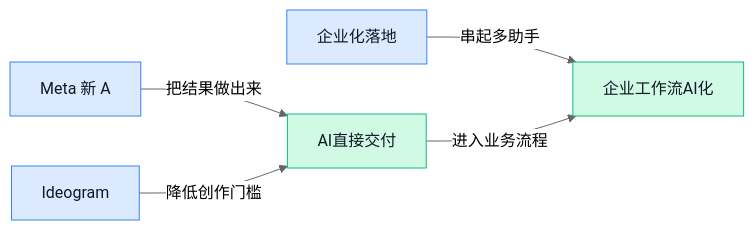
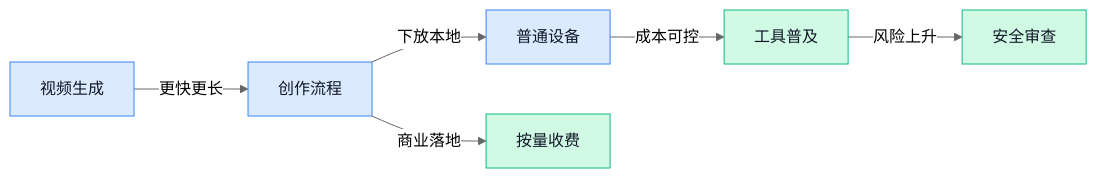
Before and after one commit to zhuxinfei/ai-daily-site: the diagram in content/cn/2026/2026-06/2026-06-04.md, drawn with Mermaid (neutral theme). The commit also changed other lines of this file and 2 other files, not shown here.

````diff
--- a/content/cn/2026/2026-06/2026-06-04.md
+++ b/content/cn/2026/2026-06/2026-06-04.md
@@ -134,11 +118,12 @@
 ```mermaid
 graph LR
-A[Meta 新 A] -->|把结果做出来| D[AI直接交付]
-B[Ideogram] -->|降低创作门槛| D
-C[企业化落地] -->|串起多助手| E[企业工作流AI化]
- D -->|进入业务流程| E
+A[视频生成] -->|更快更长| B[创作流程]
+B -->|下放本地| C[普通设备]
+C -->|成本可控| D[工具普及]
+D -->|风险上升| E[安全审查]
+B -->|商业落地| F[按量收费]
 classDef blue fill:#dbeafe,stroke:#3b82f6,color:#111827
 classDef green fill:#d1fae5,stroke:#10b981,color:#111827
 class A,B,C blue
-class D,E green
+class D,E,F green
 ```
````
